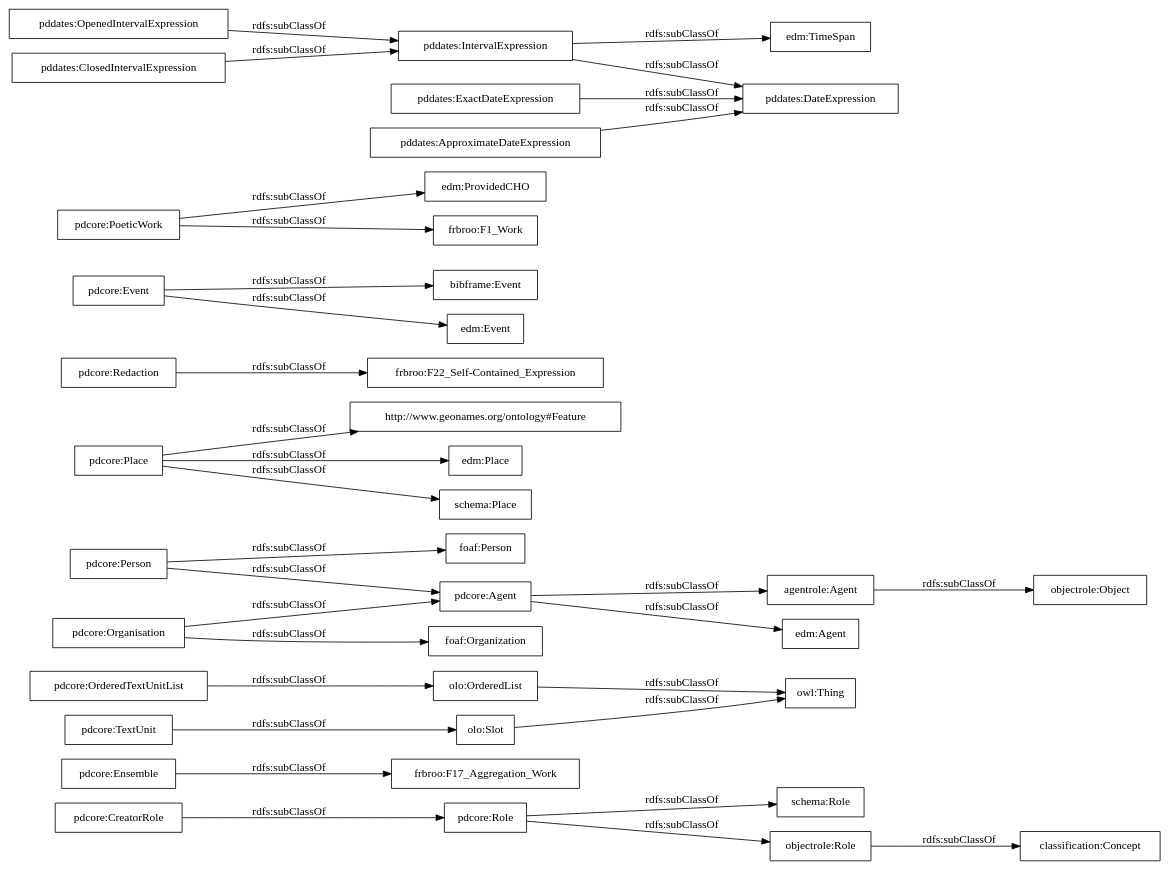
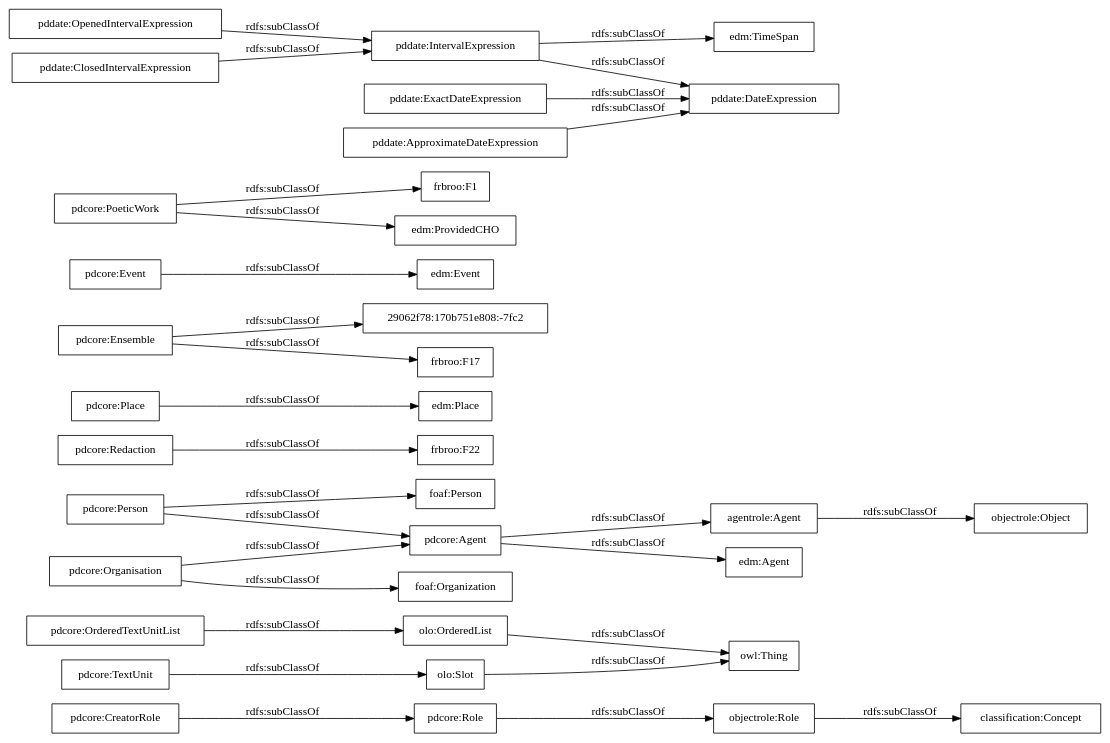
Before and after one commit to linhd-postdata/core-ontology: the diagram in OnToology/postdata-core.owl/diagrams/ar2dtool-taxonomy/postdata-core.owl.png.dot, drawn with Graphviz. The commit also changed 11 other files, not shown here.

```diff
--- a/OnToology/postdata-core.owl/diagrams/ar2dtool-taxonomy/postdata-core.owl.png.dot
+++ b/OnToology/postdata-core.owl/diagrams/ar2dtool-taxonomy/postdata-core.owl.png.dot
@@ -1,36 +1,33 @@
 digraph ar2dtool_diagram { 
 rankdir=LR;
 size="1000"
-node [shape = rectangle, color="black"]; "pdcore:Role" "frbroo:F17_Aggregation_Work" "pdcore:OrderedTextUnitList" "agentrole:Agent" "http://www.geonames.org/ontology#Feature" "edm:Agent" "pdcore:Agent" "pdcore:CreatorRole" "pdcore:Person" "pdcore:Organisation" "edm:Place" "pdcore:Redaction" "pdcore:Ensemble" "foaf:Person" "frbroo:F22_Self-Contained_Expression" "bibframe:Event" "edm:Event" "pdcore:TextUnit" "foaf:Organization" "edm:ProvidedCHO" "pdcore:Place" "schema:Place" "pdcore:Event" "pdcore:PoeticWork" "frbroo:F1_Work" "schema:Role" "pddates:OpenedIntervalExpression" "pddates:ClosedIntervalExpression" "pddates:IntervalExpression" "pddates:ExactDateExpression" "edm:TimeSpan" "pddates:DateExpression" "pddates:ApproximateDateExpression" "owl:Thing" "objectrole:Role" "objectrole:Object" "olo:Slot" "olo:OrderedList" "classification:Concept" ; /*classes style*/
+node [shape = rectangle, color="black"]; "pdcore:Role" "pdcore:OrderedTextUnitList" "agentrole:Agent" "frbroo:F22" "edm:Agent" "pdcore:Agent" "pdcore:CreatorRole" "pdcore:Person" "pdcore:Organisation" "edm:Place" "pdcore:Redaction" "pdcore:Ensemble" "foaf:Person" "edm:Event" "pdcore:TextUnit" "frbroo:F1" "foaf:Organization" "edm:ProvidedCHO" "pdcore:Place" "pdcore:Event" "29062f78:170b751e808:-7fc2" "pdcore:PoeticWork" "frbroo:F17" "owl:Thing" "objectrole:Role" "objectrole:Object" "olo:Slot" "olo:OrderedList" "pddate:OpenedIntervalExpression" "pddate:ClosedIntervalExpression" "pddate:IntervalExpression" "pddate:ExactDateExpression" "edm:TimeSpan" "pddate:DateExpression" "pddate:ApproximateDateExpression" "classification:Concept" ; /*classes style*/
 	"pdcore:Person" -> "foaf:Person" [ label = "rdfs:subClassOf" ];
 	"pdcore:Person" -> "pdcore:Agent" [ label = "rdfs:subClassOf" ];
 	"agentrole:Agent" -> "objectrole:Object" [ label = "rdfs:subClassOf" ];
-	"pdcore:PoeticWork" -> "frbroo:F1_Work" [ label = "rdfs:subClassOf" ];
 	"pdcore:PoeticWork" -> "edm:ProvidedCHO" [ label = "rdfs:subClassOf" ];
+	"pdcore:PoeticWork" -> "frbroo:F1" [ label = "rdfs:subClassOf" ];
 	"objectrole:Role" -> "classification:Concept" [ label = "rdfs:subClassOf" ];
-	"pddates:ClosedIntervalExpression" -> "pddates:IntervalExpression" [ label = "rdfs:subClassOf" ];
+	"pddate:ClosedIntervalExpression" -> "pddate:IntervalExpression" [ label = "rdfs:subClassOf" ];
 	"pdcore:Agent" -> "agentrole:Agent" [ label = "rdfs:subClassOf" ];
 	"pdcore:Agent" -> "edm:Agent" [ label = "rdfs:subClassOf" ];
-	"pddates:ApproximateDateExpression" -> "pddates:DateExpression" [ label = "rdfs:subClassOf" ];
+	"pddate:ApproximateDateExpression" -> "pddate:DateExpression" [ label = "rdfs:subClassOf" ];
 	"olo:Slot" -> "owl:Thing" [ label = "rdfs:subClassOf" ];
-	"pddates:OpenedIntervalExpression" -> "pddates:IntervalExpression" [ label = "rdfs:subClassOf" ];
+	"pddate:OpenedIntervalExpression" -> "pddate:IntervalExpression" [ label = "rdfs:subClassOf" ];
 	"pdcore:Organisation" -> "foaf:Organization" [ label = "rdfs:subClassOf" ];
 	"pdcore:Organisation" -> "pdcore:Agent" [ label = "rdfs:subClassOf" ];
-	"pdcore:Ensemble" -> "frbroo:F17_Aggregation_Work" [ label = "rdfs:subClassOf" ];
+	"pdcore:Ensemble" -> "29062f78:170b751e808:-7fc2" [ label = "rdfs:subClassOf" ];
+	"pdcore:Ensemble" -> "frbroo:F17" [ label = "rdfs:subClassOf" ];
 	"olo:OrderedList" -> "owl:Thing" [ label = "rdfs:subClassOf" ];
 	"pdcore:TextUnit" -> "olo:Slot" [ label = "rdfs:subClassOf" ];
-	"pdcore:Redaction" -> "frbroo:F22_Self-Contained_Expression" [ label = "rdfs:subClassOf" ];
+	"pdcore:Redaction" -> "frbroo:F22" [ label = "rdfs:subClassOf" ];
 	"pdcore:Place" -> "edm:Place" [ label = "rdfs:subClassOf" ];
-	"pdcore:Place" -> "schema:Place" [ label = "rdfs:subClassOf" ];
-	"pdcore:Place" -> "http://www.geonames.org/ontology#Feature" [ label = "rdfs:subClassOf" ];
 	"pdcore:CreatorRole" -> "pdcore:Role" [ label = "rdfs:subClassOf" ];
 	"pdcore:Role" -> "objectrole:Role" [ label = "rdfs:subClassOf" ];
-	"pdcore:Role" -> "schema:Role" [ label = "rdfs:subClassOf" ];
-	"pddates:IntervalExpression" -> "edm:TimeSpan" [ label = "rdfs:subClassOf" ];
-	"pddates:IntervalExpression" -> "pddates:DateExpression" [ label = "rdfs:subClassOf" ];
+	"pddate:IntervalExpression" -> "edm:TimeSpan" [ label = "rdfs:subClassOf" ];
+	"pddate:IntervalExpression" -> "pddate:DateExpression" [ label = "rdfs:subClassOf" ];
 	"pdcore:OrderedTextUnitList" -> "olo:OrderedList" [ label = "rdfs:subClassOf" ];
-	"pddates:ExactDateExpression" -> "pddates:DateExpression" [ label = "rdfs:subClassOf" ];
+	"pddate:ExactDateExpression" -> "pddate:DateExpression" [ label = "rdfs:subClassOf" ];
 	"pdcore:Event" -> "edm:Event" [ label = "rdfs:subClassOf" ];
-	"pdcore:Event" -> "bibframe:Event" [ label = "rdfs:subClassOf" ];
 
 }
```
